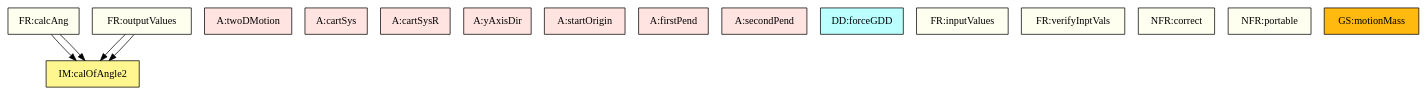
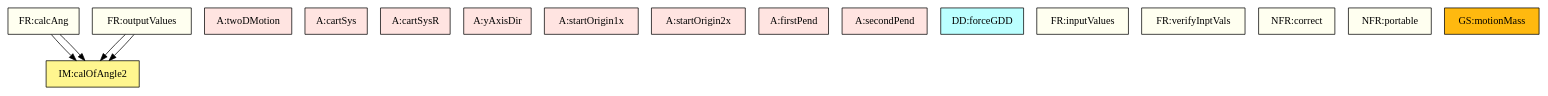
The diagram in code/stable/dblpend/TraceyGraph/allvsr.dot (JacquesCarette/Drasil), drawn with Graphviz before and after one commit. The commit also changed 18 other files, not shown here.

```diff
--- a/code/stable/dblpend/TraceyGraph/allvsr.dot
+++ b/code/stable/dblpend/TraceyGraph/allvsr.dot
@@ -1,88 +1,89 @@
 digraph allvsr {
 	calcAng -> theory:angleIM1;
 	calcAng -> theory:angleIM2;
 	outputValues -> theory:angleIM1;
 	outputValues -> theory:angleIM2;
 
 
 	twoDMotion	[shape=box, color=black, style=filled, fillcolor=mistyrose, label="A:twoDMotion"];
 	cartSys	[shape=box, color=black, style=filled, fillcolor=mistyrose, label="A:cartSys"];
 	cartSysR	[shape=box, color=black, style=filled, fillcolor=mistyrose, label="A:cartSysR"];
 	yAxisDir	[shape=box, color=black, style=filled, fillcolor=mistyrose, label="A:yAxisDir"];
-	startOrigin	[shape=box, color=black, style=filled, fillcolor=mistyrose, label="A:startOrigin"];
+	startOrigin1x	[shape=box, color=black, style=filled, fillcolor=mistyrose, label="A:startOrigin1x"];
+	startOrigin2x	[shape=box, color=black, style=filled, fillcolor=mistyrose, label="A:startOrigin2x"];
 	firstPend	[shape=box, color=black, style=filled, fillcolor=mistyrose, label="A:firstPend"];
 	secondPend	[shape=box, color=black, style=filled, fillcolor=mistyrose, label="A:secondPend"];
 
 	subgraph A {
 	rank="same"
-	{twoDMotion, cartSys, cartSysR, yAxisDir, startOrigin, firstPend, secondPend}
+	{twoDMotion, cartSys, cartSysR, yAxisDir, startOrigin1x, startOrigin2x, firstPend, secondPend}
 	}
 
 	dataDefn:velocity	[shape=box, color=black, style=filled, fillcolor=paleturquoise1, label="DD:positionGDD"];
 	dataDefn:p_x1	[shape=box, color=black, style=filled, fillcolor=paleturquoise1, label="DD:positionXDD1"];
 	dataDefn:p_y1	[shape=box, color=black, style=filled, fillcolor=paleturquoise1, label="DD:positionYDD1"];
 	dataDefn:p_x2	[shape=box, color=black, style=filled, fillcolor=paleturquoise1, label="DD:positionXDD2"];
 	dataDefn:p_y2	[shape=box, color=black, style=filled, fillcolor=paleturquoise1, label="DD:positionYDD2"];
 	dataDefn:acceleration	[shape=box, color=black, style=filled, fillcolor=paleturquoise1, label="DD:accelerationGDD"];
 	dataDefn:force	[shape=box, color=black, style=filled, fillcolor=paleturquoise1, label="DD:forceGDD"];
 
 	subgraph DD {
 	rank="same"
 	{dataDefn:velocity, dataDefn:p_x1, dataDefn:p_y1, dataDefn:p_x2, dataDefn:p_y2, dataDefn:acceleration, dataDefn:force}
 	}
 
 	theory:accelerationTM	[shape=box, color=black, style=filled, fillcolor=pink, label="TM:acceleration"];
 	theory:velocityTM	[shape=box, color=black, style=filled, fillcolor=pink, label="TM:velocity"];
 	theory:newtonSL	[shape=box, color=black, style=filled, fillcolor=pink, label="TM:NewtonSecLawMot"];
 
 	subgraph TM {
 	rank="same"
 	{theory:accelerationTM, theory:velocityTM, theory:newtonSL}
 	}
 
 	theory:v_x1	[shape=box, color=black, style=filled, fillcolor=palegreen, label="GD:velocityX1"];
 	theory:v_y1	[shape=box, color=black, style=filled, fillcolor=palegreen, label="GD:velocityY1"];
 	theory:v_x2	[shape=box, color=black, style=filled, fillcolor=palegreen, label="GD:velocityX2"];
 	theory:v_y2	[shape=box, color=black, style=filled, fillcolor=palegreen, label="GD:velocityY2"];
 	theory:a_x1	[shape=box, color=black, style=filled, fillcolor=palegreen, label="GD:accelerationX1"];
 	theory:a_y1	[shape=box, color=black, style=filled, fillcolor=palegreen, label="GD:accelerationY1"];
 	theory:a_x2	[shape=box, color=black, style=filled, fillcolor=palegreen, label="GD:accelerationX2"];
 	theory:a_y2	[shape=box, color=black, style=filled, fillcolor=palegreen, label="GD:accelerationY2"];
 	theory:xForce1	[shape=box, color=black, style=filled, fillcolor=palegreen, label="GD:xForce1"];
 	theory:yForce1	[shape=box, color=black, style=filled, fillcolor=palegreen, label="GD:yForce1"];
 	theory:xForce2	[shape=box, color=black, style=filled, fillcolor=palegreen, label="GD:xForce2"];
 	theory:yForce2	[shape=box, color=black, style=filled, fillcolor=palegreen, label="GD:yForce2"];
 
 	subgraph GD {
 	rank="same"
 	{theory:v_x1, theory:v_y1, theory:v_x2, theory:v_y2, theory:a_x1, theory:a_y1, theory:a_x2, theory:a_y2, theory:xForce1, theory:yForce1, theory:xForce2, theory:yForce2}
 	}
 
 	theory:angleIM1	[shape=box, color=black, style=filled, fillcolor=khaki1, label="IM:calOfAngle1"];
 	theory:angleIM2	[shape=box, color=black, style=filled, fillcolor=khaki1, label="IM:calOfAngle2"];
 
 	subgraph IM {
 	rank="same"
 	{theory:angleIM1, theory:angleIM2}
 	}
 
 	inputValues	[shape=box, color=black, style=filled, fillcolor=ivory, label="FR:inputValues"];
 	verifyInptVals	[shape=box, color=black, style=filled, fillcolor=ivory, label="FR:verifyInptVals"];
 	calcAng	[shape=box, color=black, style=filled, fillcolor=ivory, label="FR:calcAng"];
 	outputValues	[shape=box, color=black, style=filled, fillcolor=ivory, label="FR:outputValues"];
 	correct	[shape=box, color=black, style=filled, fillcolor=ivory, label="NFR:correct"];
 	portable	[shape=box, color=black, style=filled, fillcolor=ivory, label="NFR:portable"];
 
 	subgraph FR {
 	rank="same"
 	{inputValues, verifyInptVals, calcAng, outputValues, correct, portable}
 	}
 
 	motionMass	[shape=box, color=black, style=filled, fillcolor=darkgoldenrod1, label="GS:motionMass"];
 
 	subgraph GS {
 	rank="same"
 	{motionMass}
 	}
 
 }
```
